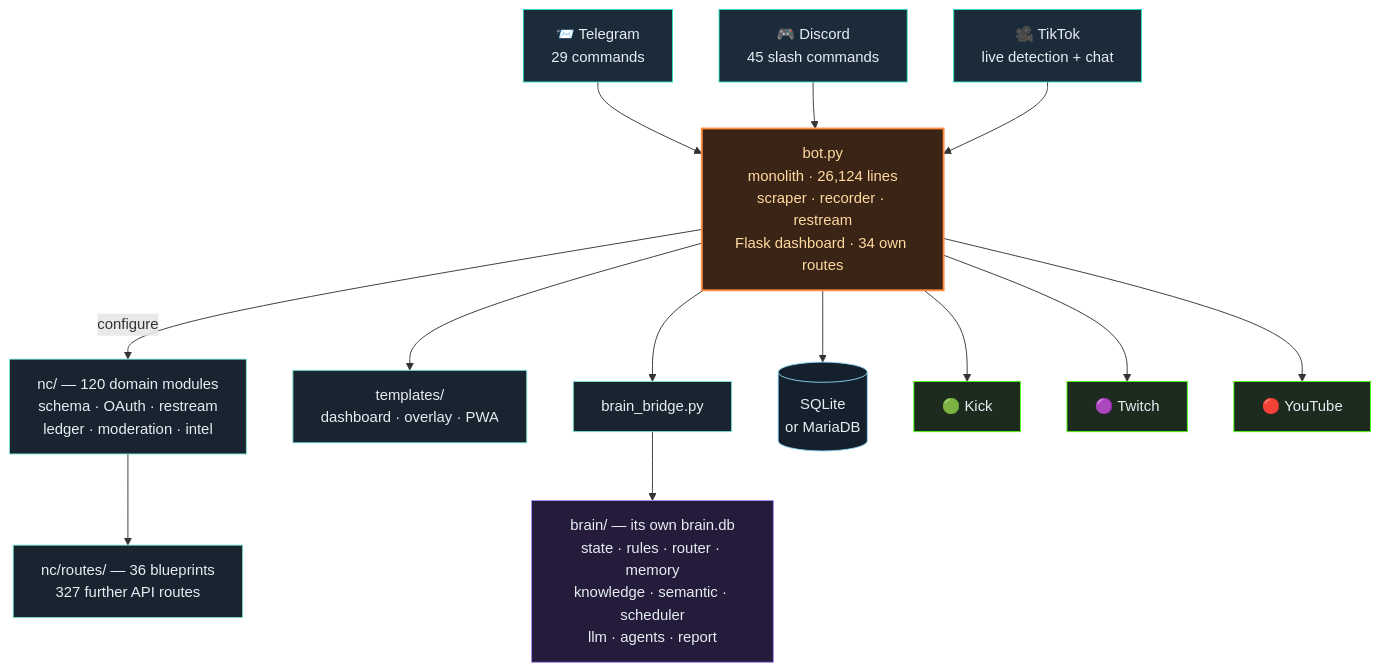
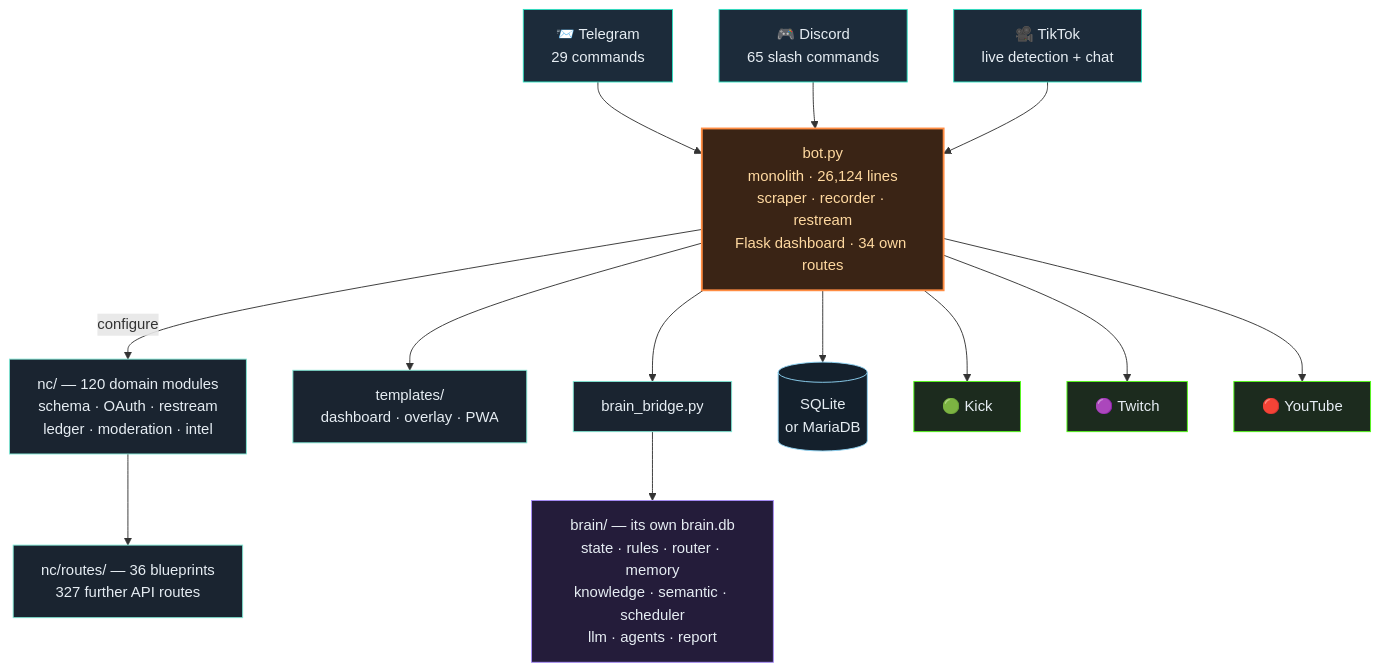
One commit to itsamemedev/Telegram-Stream-Info-Bot changed the third of 4 diagrams in README.en.md. Above: the diagram before and after it, drawn with Mermaid. The commit also changed other lines of this file and 16 other files, not shown here.

````diff
--- a/README.en.md
+++ b/README.en.md
@@ -190,30 +190,30 @@
 ```mermaid
 flowchart TB
     TG["📨 Telegram<br/>29 commands"]:::ein
-    DC["🎮 Discord<br/>45 slash commands"]:::ein
+    DC["🎮 Discord<br/>65 slash commands"]:::ein
     TT["🎥 TikTok<br/>live detection + chat"]:::ein
 
     TG --> BOT
     DC --> BOT
     TT --> BOT
 
     BOT["bot.py<br/>monolith · 26,124 lines<br/>scraper · recorder · restream<br/>Flask dashboard · 34 own routes"]:::core
 
     BOT -->|configure| NC["nc/ — 120 domain modules<br/>schema · OAuth · restream<br/>ledger · moderation · intel"]:::lib
     NC --> RT["nc/routes/ — 36 blueprints<br/>327 further API routes"]:::lib
     BOT --> TPL["templates/<br/>dashboard · overlay · PWA"]:::lib
     BOT --> BR["brain_bridge.py"]:::lib
     BR --> BRAIN["brain/ — its own brain.db<br/>state · rules · router · memory<br/>knowledge · semantic · scheduler<br/>llm · agents · report"]:::brain
     BOT --> DB[("SQLite<br/>or MariaDB")]:::db
 
     BOT --> KICK["🟢 Kick"]:::out
     BOT --> TW["🟣 Twitch"]:::out
     BOT --> YT["🔴 YouTube"]:::out
 
     classDef ein fill:#1c2b3a,stroke:#2de1c2,color:#e6edf3
     classDef core fill:#3a2415,stroke:#ff8c42,stroke-width:2px,color:#ffd9a0
     classDef lib fill:#1a2430,stroke:#7fe7d4,color:#e6edf3
     classDef brain fill:#241c3a,stroke:#a78bfa,color:#e6edf3
     classDef db fill:#14202c,stroke:#8fd3f4,color:#e6edf3
     classDef out fill:#1c2b1e,stroke:#53fc18,color:#e6edf3
 ```
````
